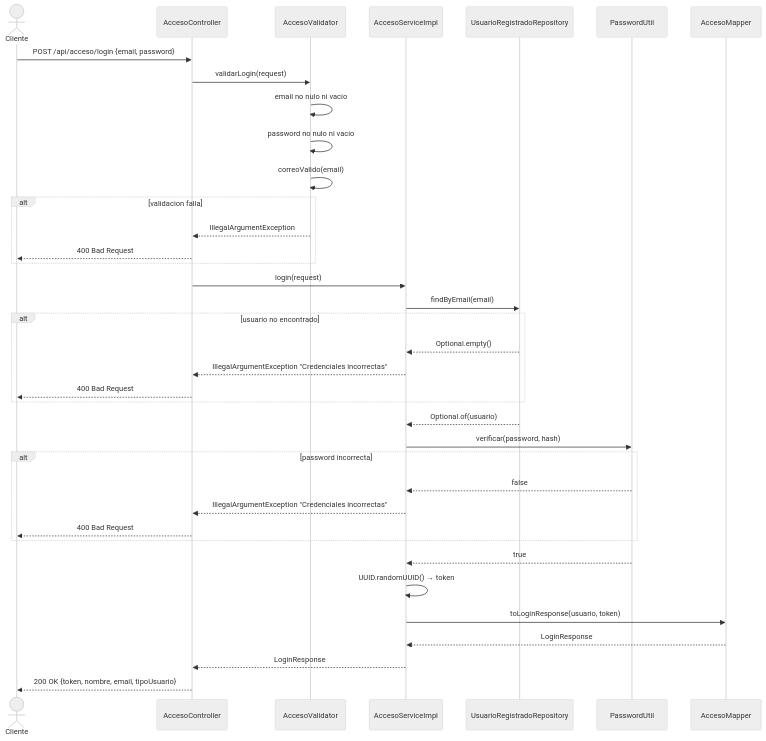
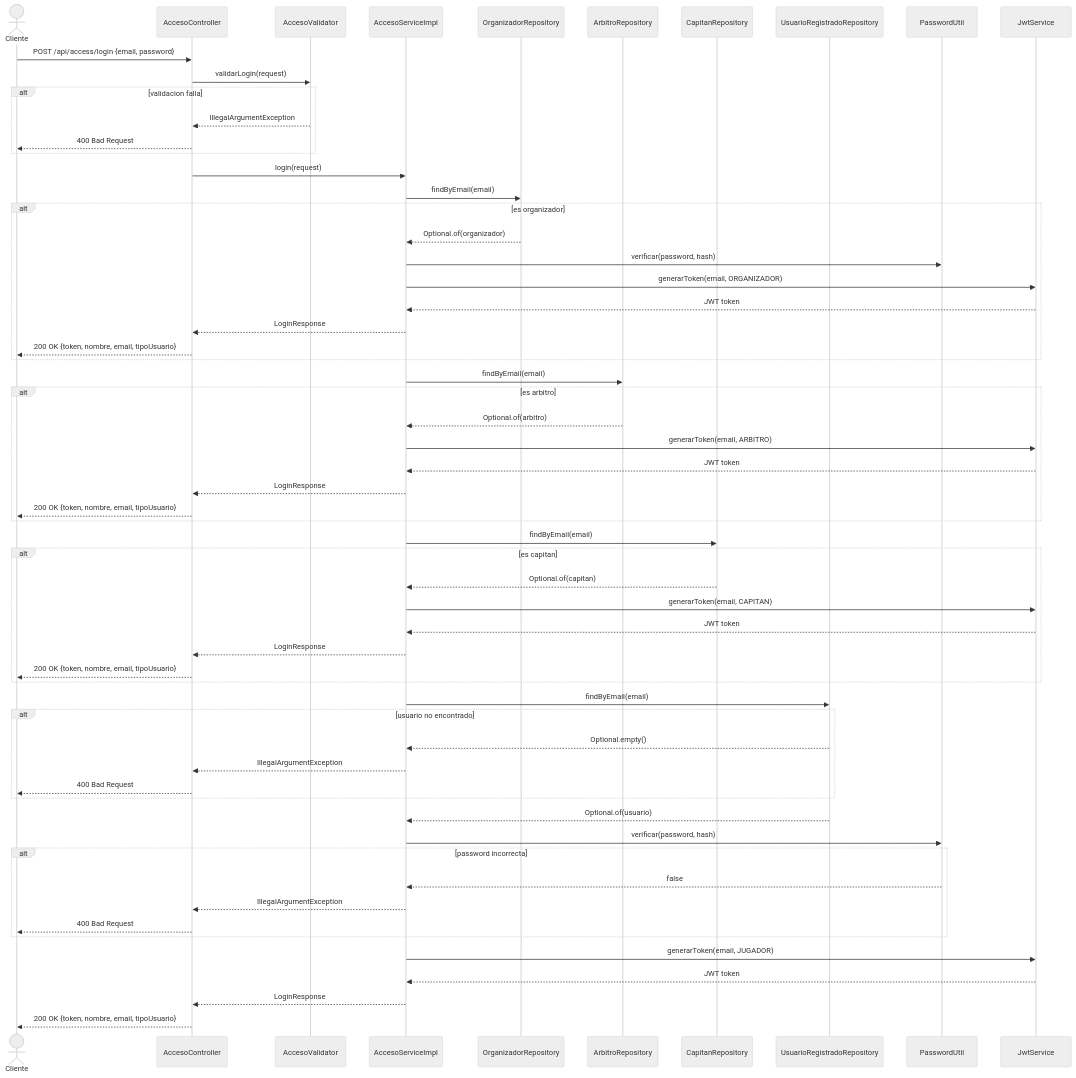
Before and after one commit to nglsz006/SFC_techcup-futbol: the diagram in docs/uml/diagramas-secuencia/02-login.md, drawn with Mermaid (neutral theme). The commit also changed 22 other files, not shown here.

Commit message:
feat: UUID migration, OAuth2 fix, updated Mermaid diagrams and README Sprint 4

````diff
--- a/docs/uml/diagramas-secuencia/02-login.md
+++ b/docs/uml/diagramas-secuencia/02-login.md
@@ -3,40 +3,67 @@
 ```mermaid
 sequenceDiagram
     actor Cliente
     participant AccesoController
     participant AccesoValidator
     participant AccesoServiceImpl
+    participant OrganizadorRepository
+    participant ArbitroRepository
+    participant CapitanRepository
     participant UsuarioRegistradoRepository
     participant PasswordUtil
-    participant AccesoMapper
+    participant JwtService
 
-    Cliente->>AccesoController: POST /api/acceso/login {email, password}
+    Cliente->>AccesoController: POST /api/access/login {email, password}
     AccesoController->>AccesoValidator: validarLogin(request)
-    AccesoValidator->>AccesoValidator: email no nulo ni vacío
-    AccesoValidator->>AccesoValidator: password no nulo ni vacío
-    AccesoValidator->>AccesoValidator: correoValido(email)
     alt validacion falla
         AccesoValidator-->>AccesoController: IllegalArgumentException
         AccesoController-->>Cliente: 400 Bad Request
     end
     AccesoController->>AccesoServiceImpl: login(request)
+
+    AccesoServiceImpl->>OrganizadorRepository: findByEmail(email)
+    alt es organizador
+        OrganizadorRepository-->>AccesoServiceImpl: Optional.of(organizador)
+        AccesoServiceImpl->>PasswordUtil: verificar(password, hash)
+        AccesoServiceImpl->>JwtService: generarToken(email, ORGANIZADOR)
+        JwtService-->>AccesoServiceImpl: JWT token
+        AccesoServiceImpl-->>AccesoController: LoginResponse
+        AccesoController-->>Cliente: 200 OK {token, nombre, email, tipoUsuario}
+    end
+
+    AccesoServiceImpl->>ArbitroRepository: findByEmail(email)
+    alt es arbitro
+        ArbitroRepository-->>AccesoServiceImpl: Optional.of(arbitro)
+        AccesoServiceImpl->>JwtService: generarToken(email, ARBITRO)
+        JwtService-->>AccesoServiceImpl: JWT token
+        AccesoServiceImpl-->>AccesoController: LoginResponse
+        AccesoController-->>Cliente: 200 OK {token, nombre, email, tipoUsuario}
+    end
+
+    AccesoServiceImpl->>CapitanRepository: findByEmail(email)
+    alt es capitan
+        CapitanRepository-->>AccesoServiceImpl: Optional.of(capitan)
+        AccesoServiceImpl->>JwtService: generarToken(email, CAPITAN)
+        JwtService-->>AccesoServiceImpl: JWT token
+        AccesoServiceImpl-->>AccesoController: LoginResponse
+        AccesoController-->>Cliente: 200 OK {token, nombre, email, tipoUsuario}
+    end
+
     AccesoServiceImpl->>UsuarioRegistradoRepository: findByEmail(email)
     alt usuario no encontrado
         UsuarioRegistradoRepository-->>AccesoServiceImpl: Optional.empty()
-        AccesoServiceImpl-->>AccesoController: IllegalArgumentException "Credenciales incorrectas"
+        AccesoServiceImpl-->>AccesoController: IllegalArgumentException
         AccesoController-->>Cliente: 400 Bad Request
     end
     UsuarioRegistradoRepository-->>AccesoServiceImpl: Optional.of(usuario)
     AccesoServiceImpl->>PasswordUtil: verificar(password, hash)
     alt password incorrecta
         PasswordUtil-->>AccesoServiceImpl: false
-        AccesoServiceImpl-->>AccesoController: IllegalArgumentException "Credenciales incorrectas"
+        AccesoServiceImpl-->>AccesoController: IllegalArgumentException
         AccesoController-->>Cliente: 400 Bad Request
     end
-    PasswordUtil-->>AccesoServiceImpl: true
-    AccesoServiceImpl->>AccesoServiceImpl: UUID.randomUUID() → token
-    AccesoServiceImpl->>AccesoMapper: toLoginResponse(usuario, token)
-    AccesoMapper-->>AccesoServiceImpl: LoginResponse
+    AccesoServiceImpl->>JwtService: generarToken(email, JUGADOR)
+    JwtService-->>AccesoServiceImpl: JWT token
     AccesoServiceImpl-->>AccesoController: LoginResponse
     AccesoController-->>Cliente: 200 OK {token, nombre, email, tipoUsuario}
 ```
````
